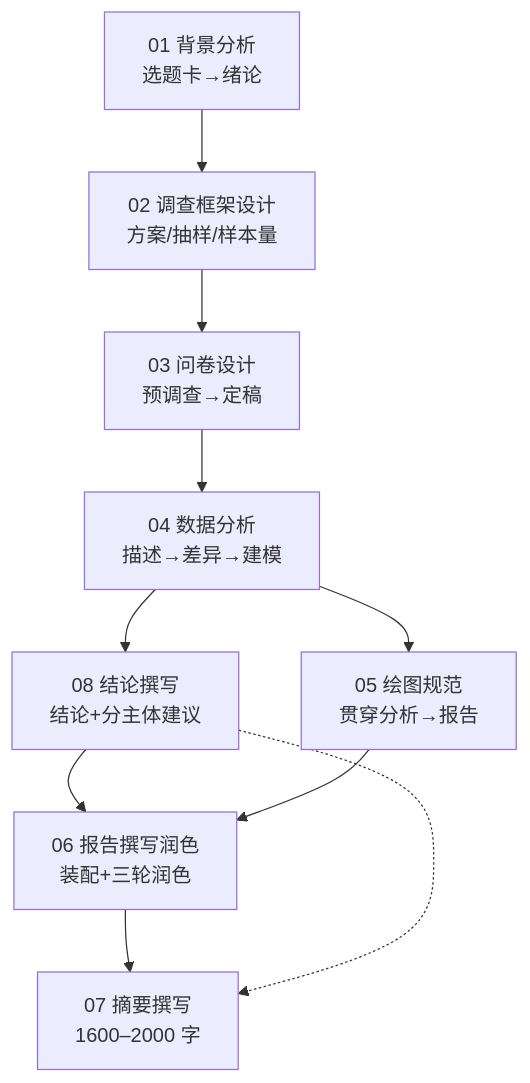
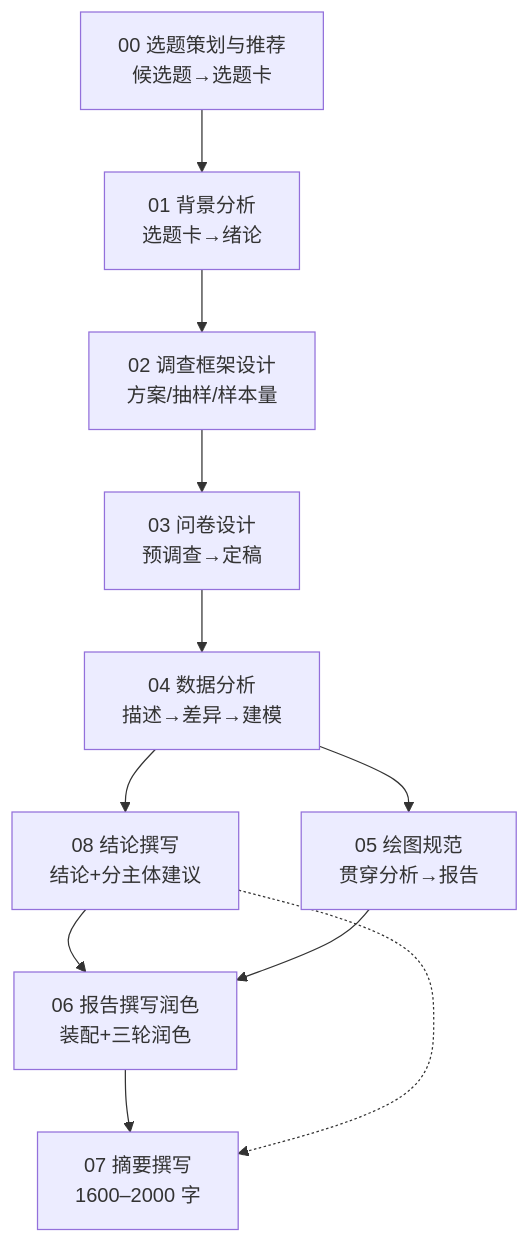
One commit to Akun-python/market-survey-topic changed the diagram in skills/README.md. Above: the diagram before and after it, drawn with Mermaid. The commit also changed other lines of this file and 4 other files, not shown here.

````diff
--- a/skills/README.md
+++ b/skills/README.md
@@ -44,12 +46,13 @@
 ```mermaid
 flowchart TD
-    A["01 背景分析<br/>选题卡→绪论"] --> B["02 调查框架设计<br/>方案/抽样/样本量"]
+    T["00 选题策划与推荐<br/>候选题→选题卡"] --> A["01 背景分析<br/>选题卡→绪论"]
+    A --> B["02 调查框架设计<br/>方案/抽样/样本量"]
     B --> C["03 问卷设计<br/>预调查→定稿"]
     C --> D["04 数据分析<br/>描述→差异→建模"]
     D --> E["08 结论撰写<br/>结论+分主体建议"]
     D --> F["05 绘图规范<br/>贯穿分析→报告"]
     E --> G["06 报告撰写润色<br/>装配+三轮润色"]
     F --> G
     G --> H["07 摘要撰写<br/>1600–2000 字"]
     E -.-> H
 ```
````
